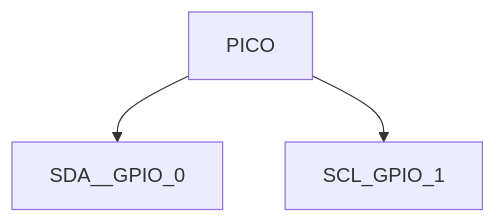
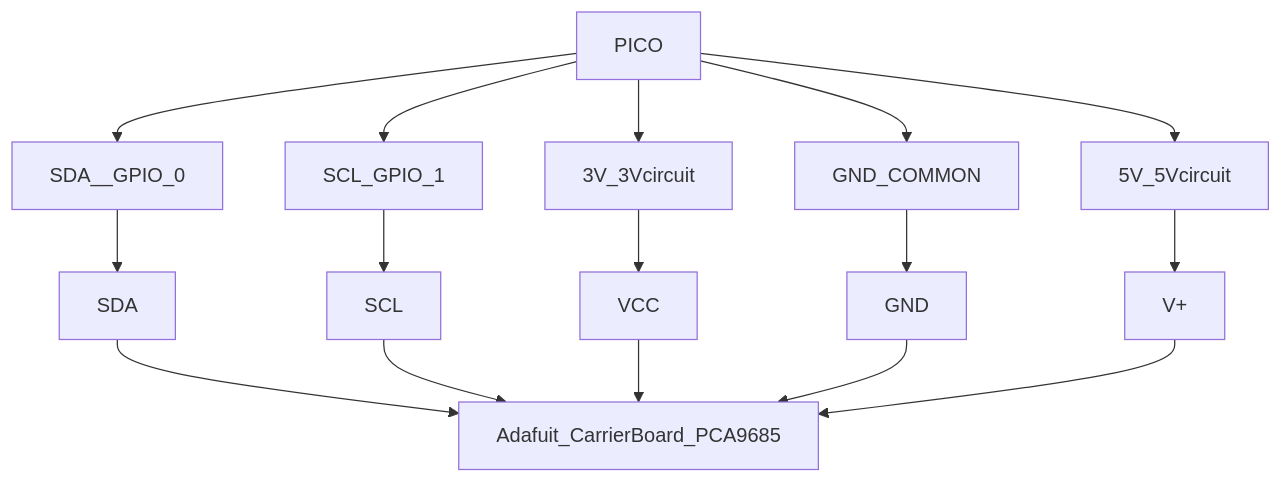
The second of 2 diagrams in README.md (jberks02/tiny_dog_MicroController), drawn with Mermaid before and after one commit.

````diff
--- a/README.md
+++ b/README.md
@@ -166,5 +166,8 @@
 ```mermaid
 graph TD;
-PICO-->SDA__GPIO_0
-PICO-->SCL_GPIO_1
+PICO-->SDA__GPIO_0-->SDA-->Adafuit_CarrierBoard_PCA9685
+PICO-->SCL_GPIO_1-->SCL-->Adafuit_CarrierBoard_PCA9685
+PICO-->3V_3Vcircuit-->VCC-->Adafuit_CarrierBoard_PCA9685
+PICO-->GND_COMMON-->GND-->Adafuit_CarrierBoard_PCA9685
+PICO-->5V_5Vcircuit-->V+-->Adafuit_CarrierBoard_PCA9685
 ```
````
